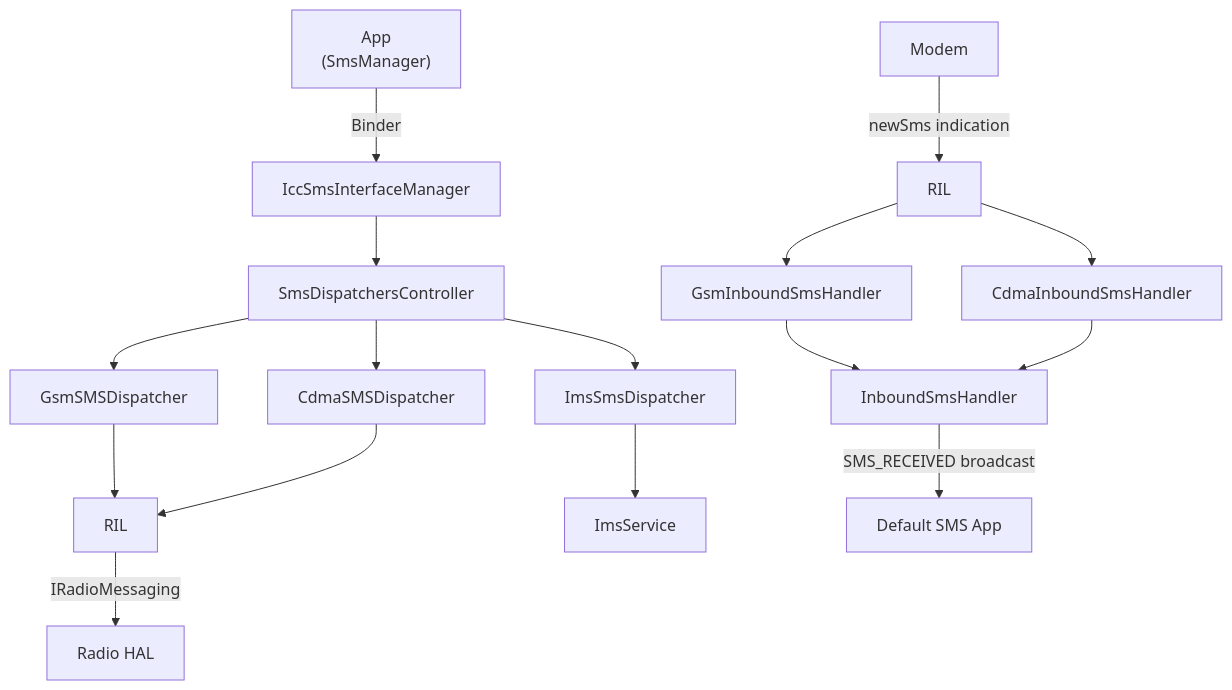
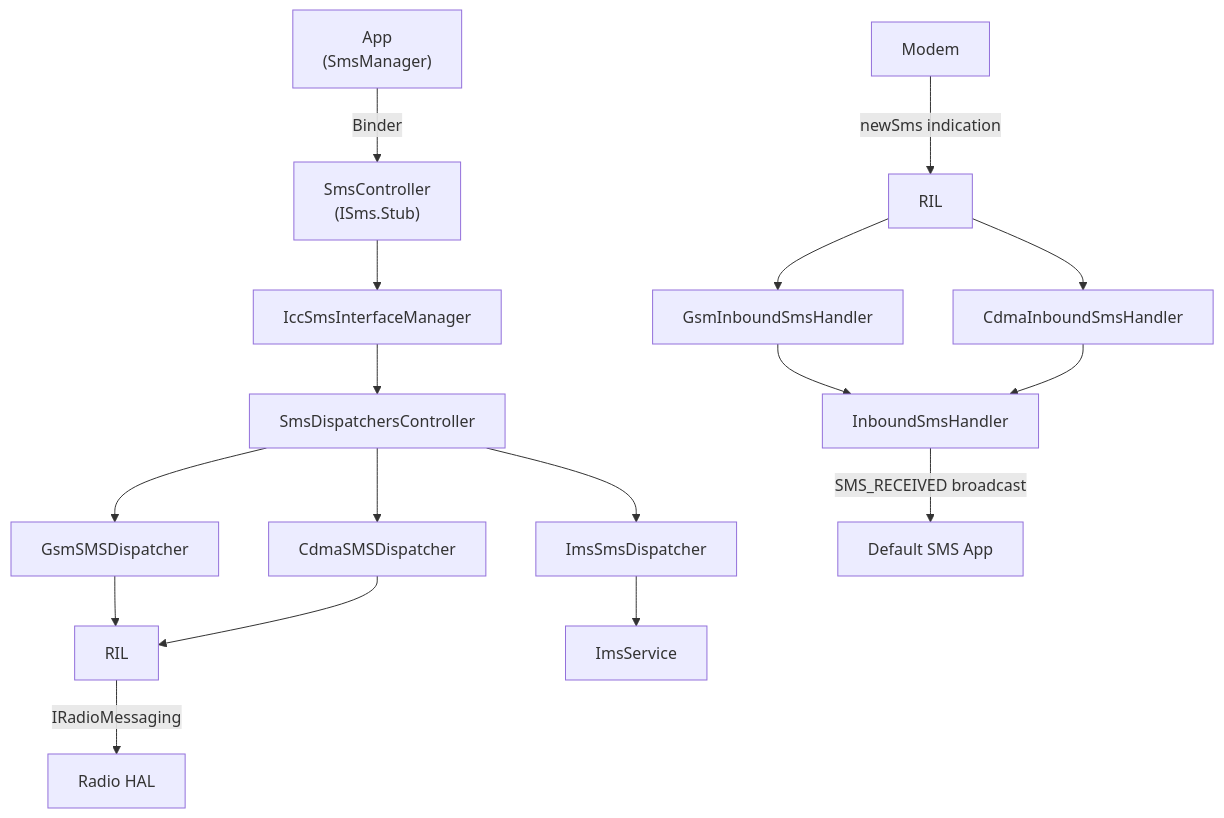
Before and after one commit to aospbooks/aosp-internal-book: diagram 17 of 55 in 36-telephony.md, drawn with Mermaid. The commit also changed other lines of this file and 218 other files, not shown here.

````diff
--- a/36-telephony.md
+++ b/36-telephony.md
@@ -1486,19 +1511,20 @@
 ```mermaid
 graph TD
-    App["App<br/>(SmsManager)"] -->|Binder| SMS_IF["IccSmsInterfaceManager"]
+    App["App<br/>(SmsManager)"] -->|Binder| SC["SmsController<br/>(ISms.Stub)"]
+    SC --> SMS_IF["IccSmsInterfaceManager"]
     SMS_IF --> SDC["SmsDispatchersController"]
     SDC --> GsmD["GsmSMSDispatcher"]
     SDC --> CdmaD["CdmaSMSDispatcher"]
     SDC --> ImsD["ImsSmsDispatcher"]
     GsmD --> RIL["RIL"]
     CdmaD --> RIL
     ImsD --> IMS["ImsService"]
     RIL -->|IRadioMessaging| HAL["Radio HAL"]
 
     Modem["Modem"] -->|"newSms indication"| RIL2["RIL"]
     RIL2 --> InboundGsm["GsmInboundSmsHandler"]
     RIL2 --> InboundCdma["CdmaInboundSmsHandler"]
     InboundGsm --> InboundSms["InboundSmsHandler"]
     InboundCdma --> InboundSms
     InboundSms -->|"SMS_RECEIVED broadcast"| DefaultApp["Default SMS App"]
 ```
````
